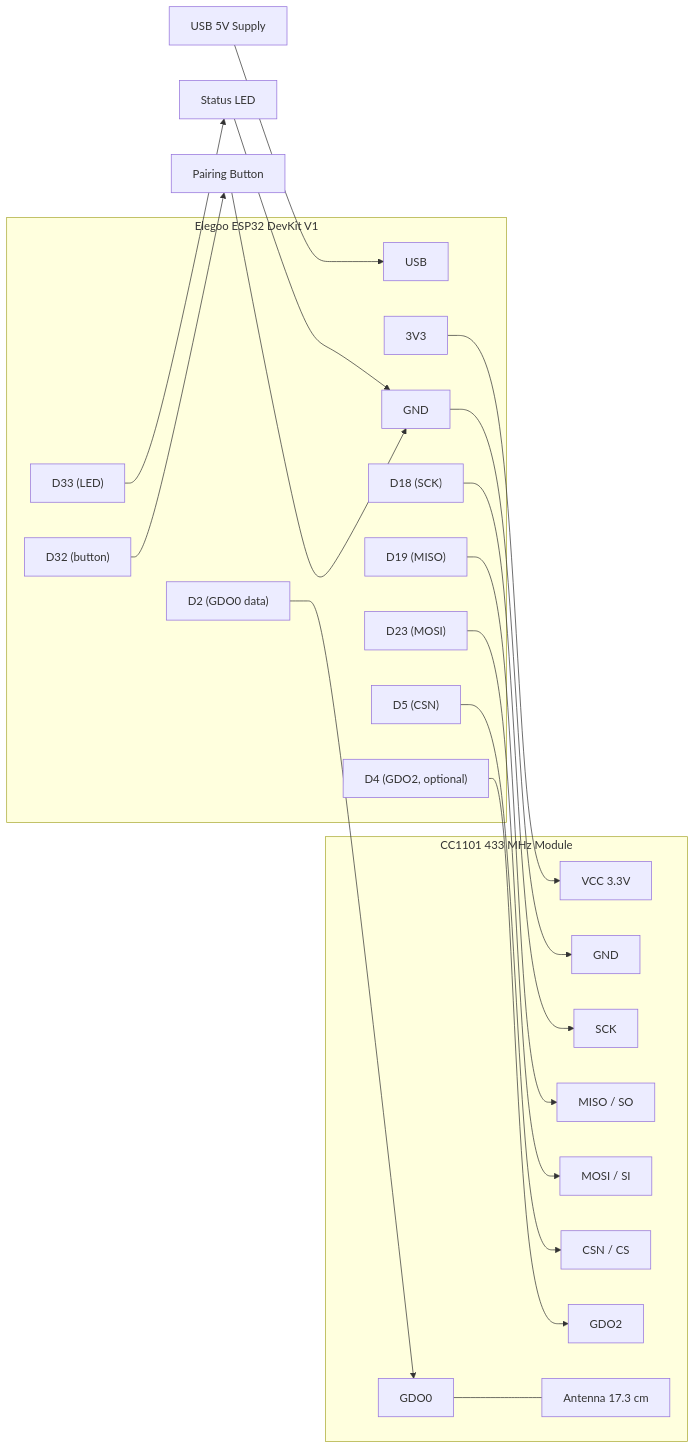
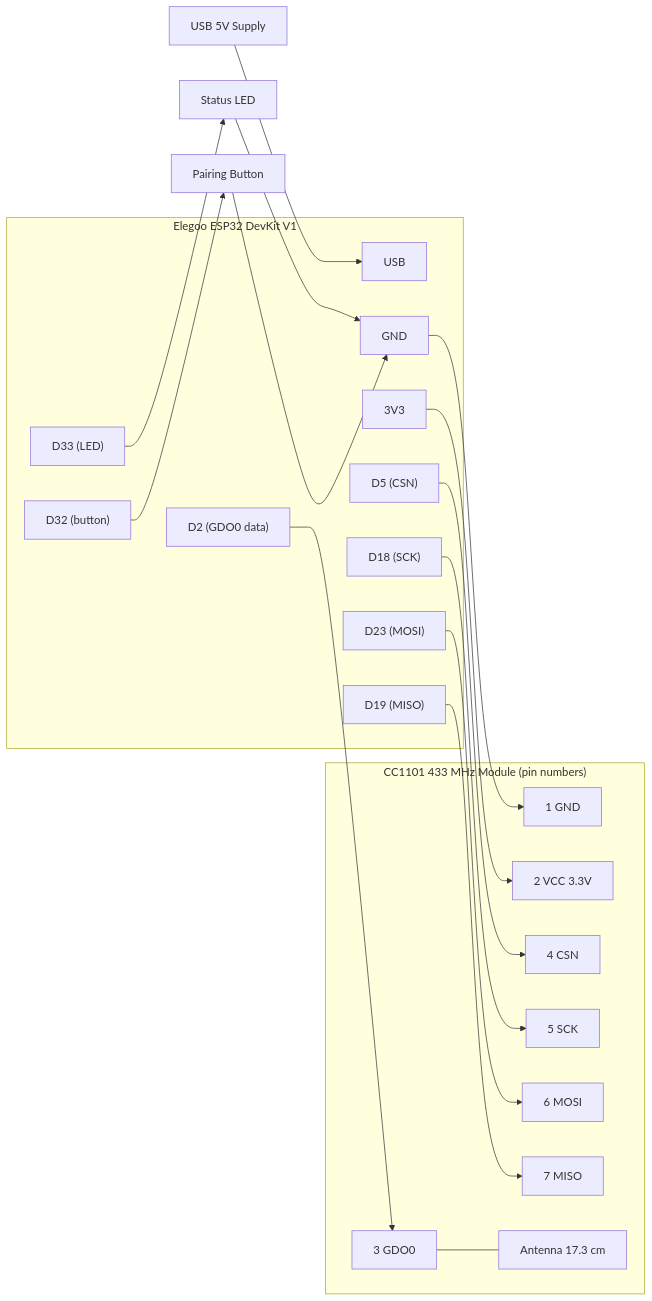
One commit to tillig/somfy-matter-remote changed the diagram in docs/hardware.md. Above: the diagram before and after it, drawn with Mermaid. The commit also changed other lines of this file and 1 other file, not shown here.

````diff
--- a/docs/hardware.md
+++ b/docs/hardware.md
@@ -95,45 +113,42 @@
 ```mermaid
 flowchart LR
     usb["USB 5V Supply"] --> esp32_usb
     subgraph esp32["Elegoo ESP32 DevKit V1"]
       esp32_usb["USB"]
       esp32_3v3["3V3"]
       esp32_gnd["GND"]
       esp32_d2["D2 (GDO0 data)"]
-      esp32_d4["D4 (GDO2, optional)"]
       esp32_d5["D5 (CSN)"]
       esp32_d18["D18 (SCK)"]
       esp32_d19["D19 (MISO)"]
       esp32_d23["D23 (MOSI)"]
       esp32_d32["D32 (button)"]
       esp32_d33["D33 (LED)"]
     end
-    subgraph cc1101["CC1101 433 MHz Module"]
-      cc_vcc["VCC 3.3V"]
-      cc_gnd["GND"]
-      cc_sck["SCK"]
-      cc_miso["MISO / SO"]
-      cc_mosi["MOSI / SI"]
-      cc_csn["CSN / CS"]
-      cc_gdo0["GDO0"]
-      cc_gdo2["GDO2"]
+    subgraph cc1101["CC1101 433 MHz Module (pin numbers)"]
+      cc_gnd["1 GND"]
+      cc_vcc["2 VCC 3.3V"]
+      cc_gdo0["3 GDO0"]
+      cc_csn["4 CSN"]
+      cc_sck["5 SCK"]
+      cc_mosi["6 MOSI"]
+      cc_miso["7 MISO"]
       cc_ant["Antenna 17.3 cm"]
     end
 
     esp32_3v3 --> cc_vcc
     esp32_gnd --> cc_gnd
     esp32_d18 --> cc_sck
     esp32_d19 --> cc_miso
     esp32_d23 --> cc_mosi
     esp32_d5 --> cc_csn
     esp32_d2 --> cc_gdo0
-    esp32_d4 --> cc_gdo2
     cc_gdo0 --- cc_ant
 
     button["Pairing Button"]
     led["Status LED"]
     esp32_d32 --> button
     button --> esp32_gnd
     esp32_d33 --> led
     led --> esp32_gnd
 ```
````
